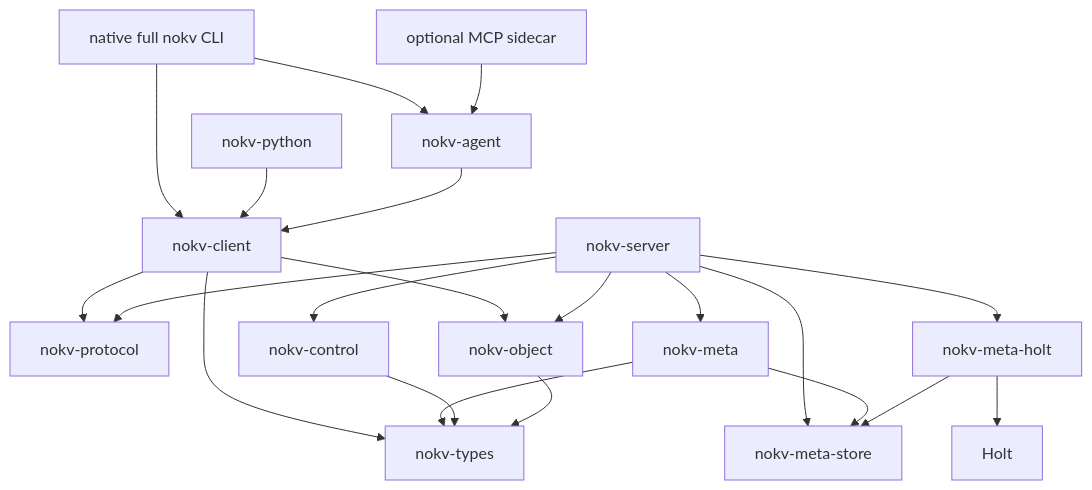
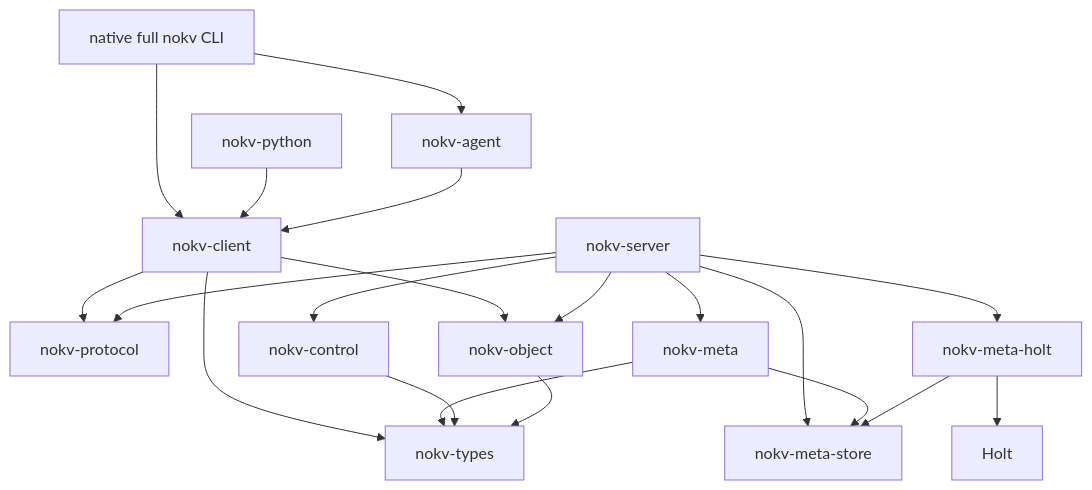
The second of 5 diagrams in docs/architecture.md (NoKV-Lab/NoKV), drawn with Mermaid before and after one commit. The commit also changed other lines of this file and 25 other files, not shown here.

First line of the commit message:
docs: deprecate the Workbench MCP sidecar

````diff
--- a/docs/architecture.md
+++ b/docs/architecture.md
@@ -45,24 +44,23 @@
 ```mermaid
 flowchart TD
     CLI["native full nokv CLI"] --> Agent["nokv-agent"]
-    Sidecar["optional MCP sidecar"] --> Agent
     CLI --> Client["nokv-client"]
     Python["nokv-python"] --> Client
     Agent --> Client
     Client --> Protocol["nokv-protocol"]
     Client --> Object["nokv-object"]
     Client --> Types["nokv-types"]
 
     Server["nokv-server"] --> Protocol
     Server --> Meta["nokv-meta"]
     Server --> Store["nokv-meta-store"]
     Server --> HoltAdapter["nokv-meta-holt"]
     Server --> Control["nokv-control"]
     Server --> Object
     Meta --> Types
     Meta --> Store
     HoltAdapter --> Store
     HoltAdapter --> Holt["Holt"]
     Control --> Types
     Object --> Types
 ```
````
